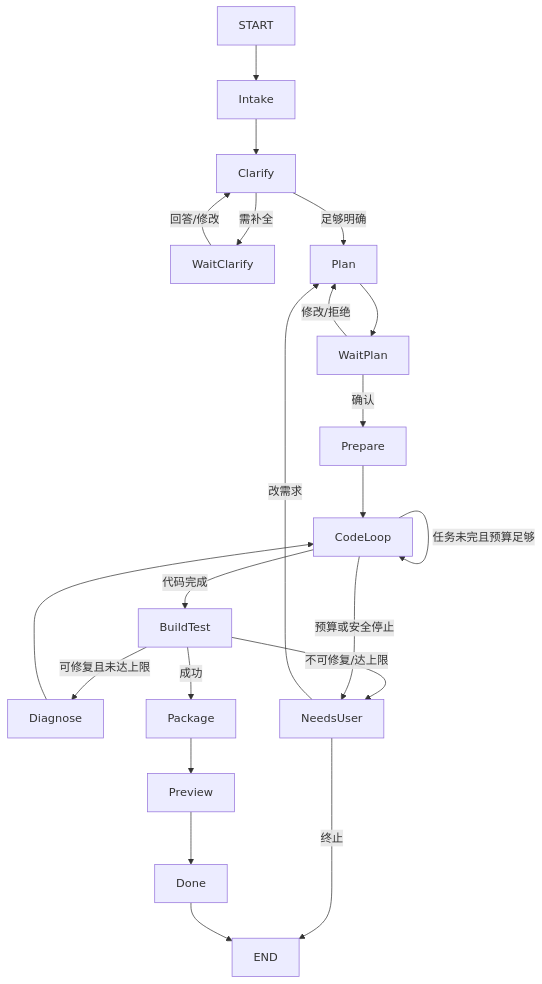
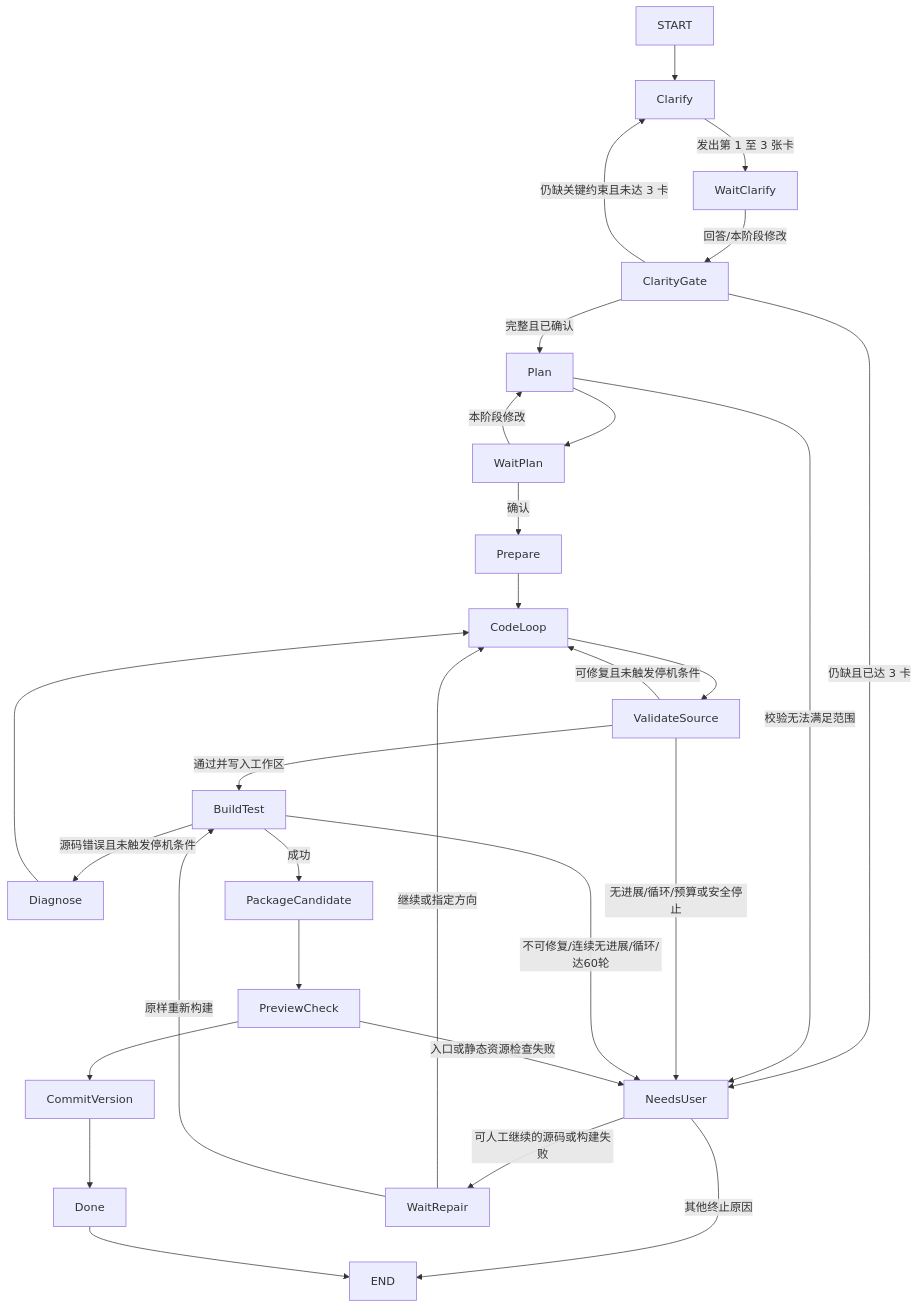
The second of 2 diagrams in docs/ARCHITECTURE.md (KevinChen073/my-atom-demo), drawn with Mermaid before and after one commit. The commit also changed other lines of this file and 91 other files, not shown here.

````diff
--- a/docs/ARCHITECTURE.md
+++ b/docs/ARCHITECTURE.md
@@ -88,20 +95,27 @@
 ```mermaid
 flowchart TD
-  START --> Intake --> Clarify
-  Clarify -->|需补全| WaitClarify
-  WaitClarify -->|回答/修改| Clarify
-  Clarify -->|足够明确| Plan
+  START --> Clarify
+  Clarify -->|发出第 1 至 3 张卡| WaitClarify
+  WaitClarify -->|回答/本阶段修改| ClarityGate
+  ClarityGate -->|仍缺关键约束且未达 3 卡| Clarify
+  ClarityGate -->|完整且已确认| Plan
+  ClarityGate -->|仍缺且已达 3 卡| NeedsUser
   Plan --> WaitPlan
-  WaitPlan -->|修改/拒绝| Plan
+  Plan -->|校验无法满足范围| NeedsUser
+  WaitPlan -->|本阶段修改| Plan
   WaitPlan -->|确认| Prepare
   Prepare --> CodeLoop
-  CodeLoop -->|任务未完且预算足够| CodeLoop
-  CodeLoop -->|代码完成| BuildTest
-  BuildTest -->|可修复且未达上限| Diagnose --> CodeLoop
-  BuildTest -->|成功| Package --> Preview --> Done
-  BuildTest -->|不可修复/达上限| NeedsUser
-  CodeLoop -->|预算或安全停止| NeedsUser
-  NeedsUser -->|改需求| Plan
-  NeedsUser -->|终止| END
+  CodeLoop --> ValidateSource
+  ValidateSource -->|通过并写入工作区| BuildTest
+  ValidateSource -->|可修复且未触发停机条件| CodeLoop
+  ValidateSource -->|无进展/循环/预算或安全停止| NeedsUser
+  BuildTest -->|源码错误且未触发停机条件| Diagnose --> CodeLoop
+  BuildTest -->|成功| PackageCandidate --> PreviewCheck --> CommitVersion --> Done
+  BuildTest -->|不可修复/连续无进展/循环/达60轮| NeedsUser
+  PreviewCheck -->|入口或静态资源检查失败| NeedsUser
+  NeedsUser -->|可人工继续的源码或构建失败| WaitRepair
+  WaitRepair -->|继续或指定方向| CodeLoop
+  WaitRepair -->|原样重新构建| BuildTest
+  NeedsUser -->|其他终止原因| END
   Done --> END
 ```
````
